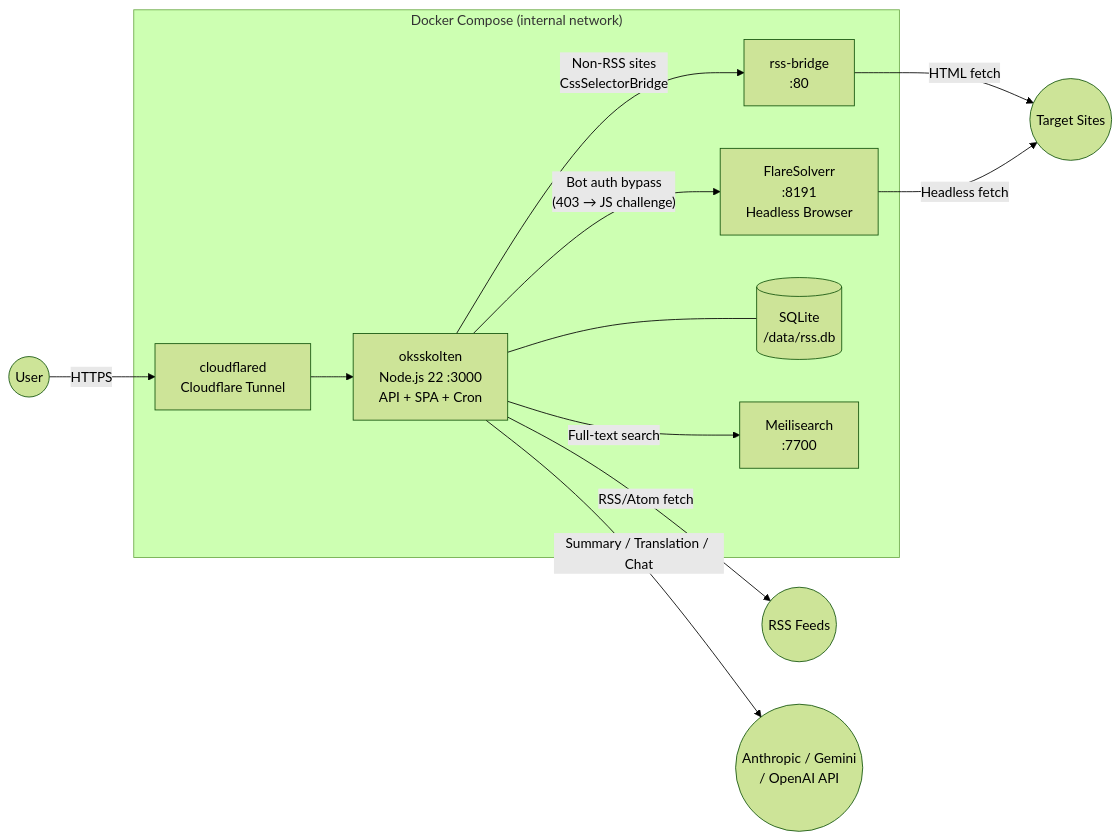
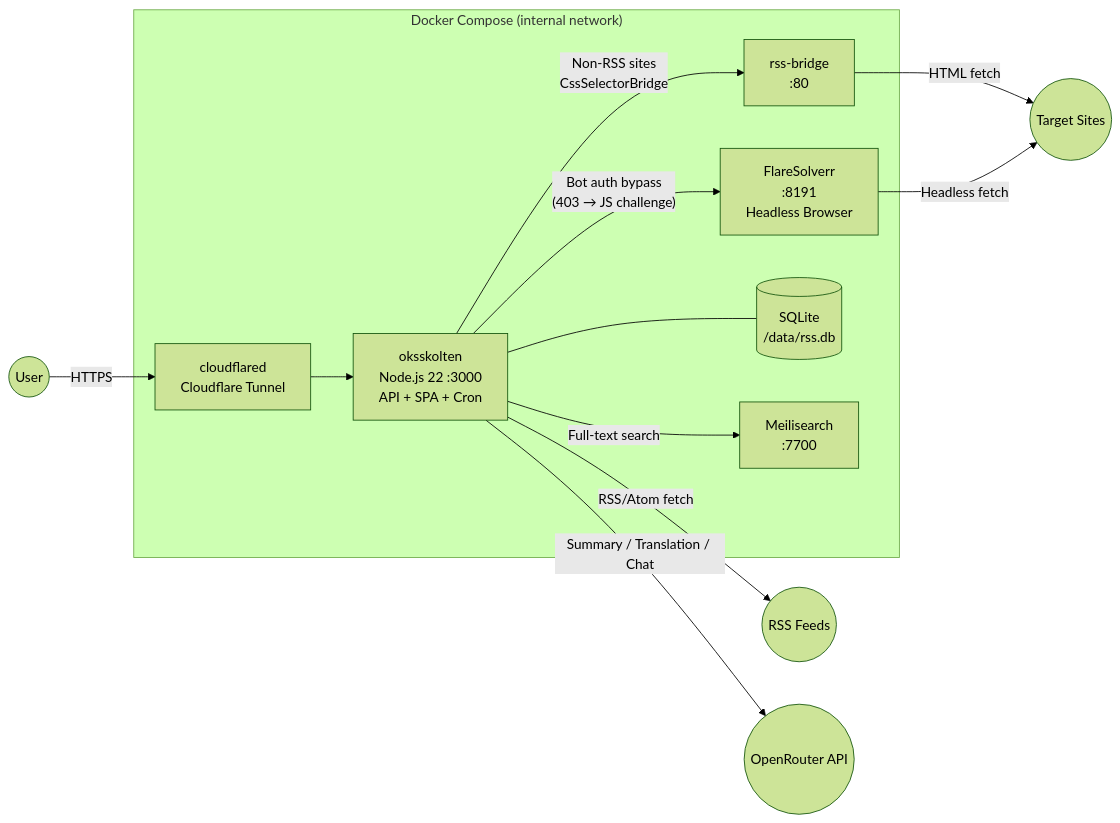
One commit to pco2699/oksskolten changed the diagram in docs/spec/01_overview.md. Above: the diagram before and after it, drawn with Mermaid (forest theme). The commit also changed other lines of this file and 82 other files, not shown here.

````diff
--- a/docs/spec/01_overview.md
+++ b/docs/spec/01_overview.md
@@ -46,25 +45,25 @@
 ```mermaid
 graph LR
     user(("User"))
     user -- "HTTPS" --> cloudflared
 
     subgraph docker["Docker Compose (internal network)"]
         cloudflared["cloudflared<br/>Cloudflare Tunnel"]
         app["oksskolten<br/>Node.js 22 :3000<br/>API + SPA + Cron"]
         bridge["rss-bridge<br/>:80"]
         flare["FlareSolverr<br/>:8191<br/>Headless Browser"]
         sqlite[("SQLite<br/>/data/rss.db")]
         meili["Meilisearch<br/>:7700"]
 
         cloudflared --> app
         app -- "Non-RSS sites<br/>CssSelectorBridge" --> bridge
         app -- "Bot auth bypass<br/>(403 → JS challenge)" --> flare
         app --- sqlite
         app -- "Full-text search" --> meili
     end
 
     app -- "RSS/Atom fetch" --> rss(("RSS Feeds"))
-    app -- "Summary / Translation / Chat" --> llm(("Anthropic / Gemini<br/>/ OpenAI API"))
+    app -- "Summary / Translation / Chat" --> llm(("OpenRouter API"))
     bridge -- "HTML fetch" --> web(("Target Sites"))
     flare -- "Headless fetch" --> web
 ```
````
